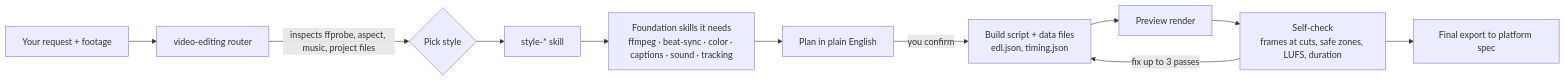
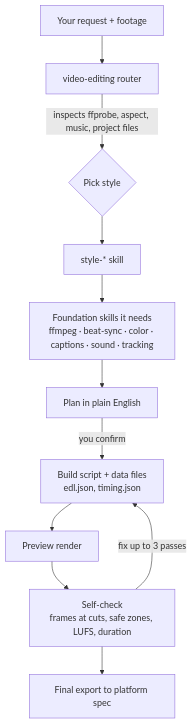
The diagram in README.md (Prateekiiitg56/video-editing-skills), drawn with Mermaid before and after one commit. The commit also changed other lines of this file, not shown here.

Commit message:
README: top-down workflow diagram, hard rules as a list

````diff
--- a/README.md
+++ b/README.md
@@ -228,13 +228,13 @@
 ```mermaid
-flowchart LR
+flowchart TD
     A[Your request + footage] --> B[video-editing router]
     B -->|inspects ffprobe, aspect, music, project files| C{Pick style}
     C --> D[style-* skill]
     D --> E[Foundation skills it needs<br/>ffmpeg · beat-sync · color · captions · sound · tracking]
     E --> F[Plan in plain English]
     F -->|you confirm| G[Build script + data files<br/>edl.json, timing.json]
     G --> H[Preview render]
     H --> I[Self-check<br/>frames at cuts, safe zones, LUFS, duration]
     I -->|fix up to 3 passes| G
     I --> J[Final export to platform spec]
 ```
````
